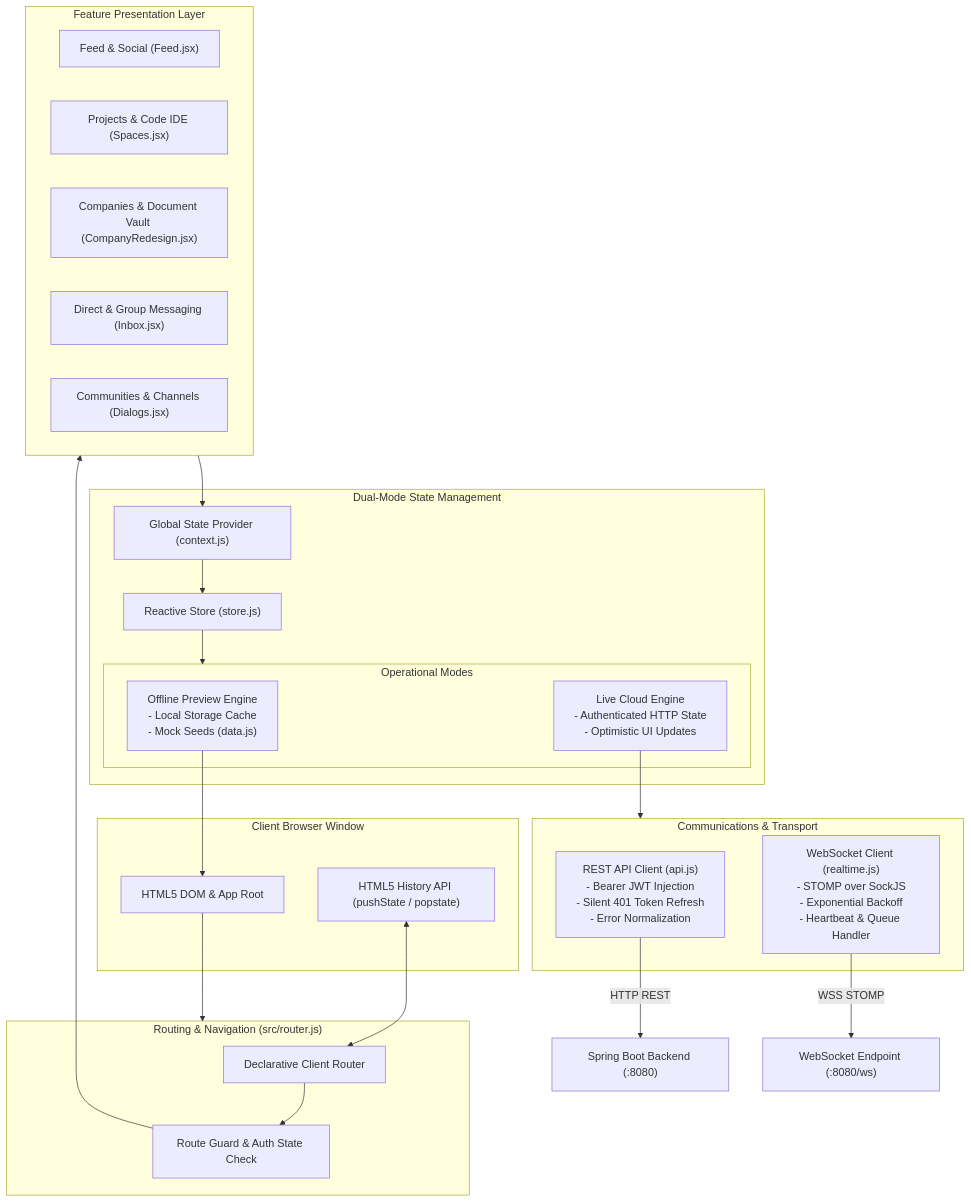
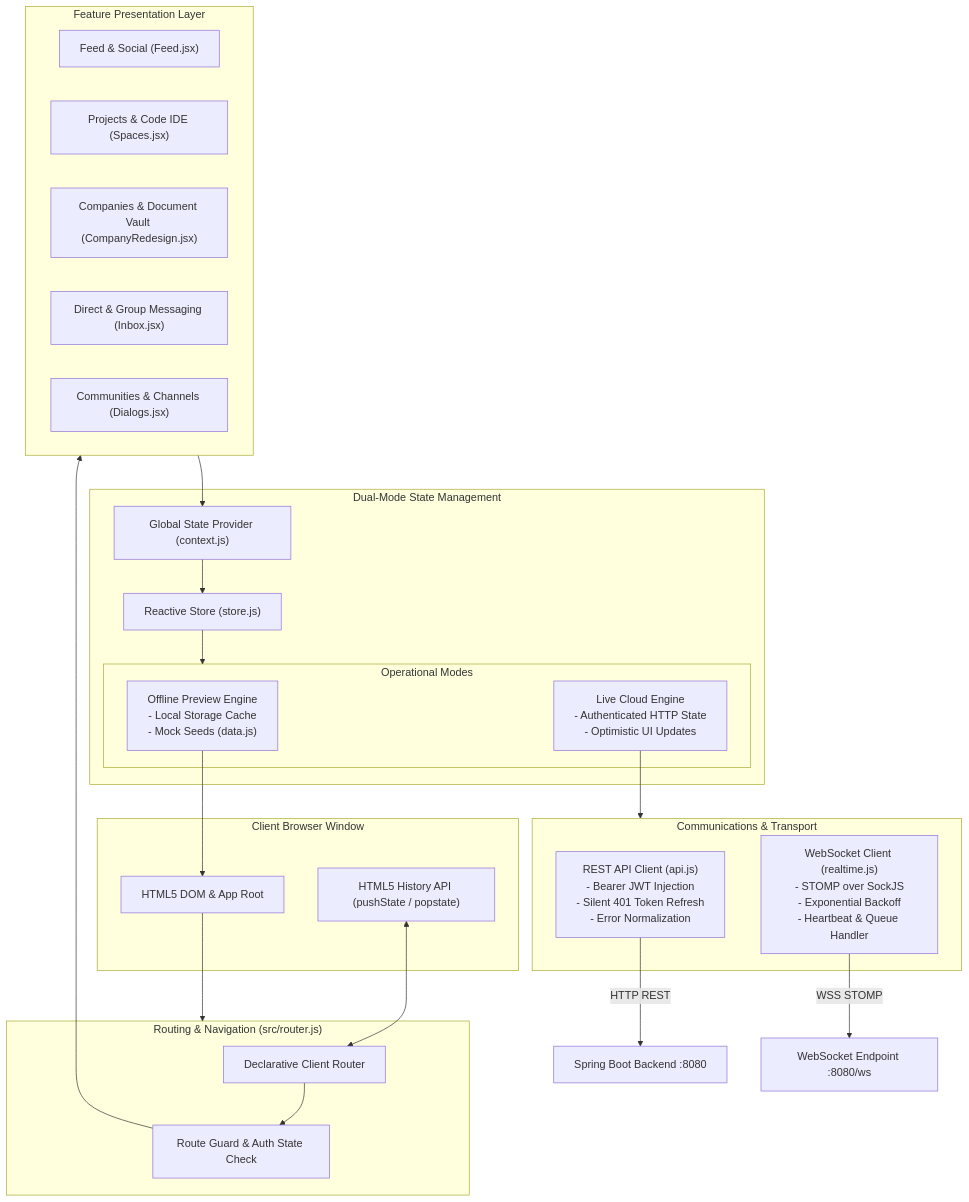
One commit to saiprakash-nexarats/collabster changed the second of 8 diagrams in README.md. Above: the diagram before and after it, drawn with Mermaid. The commit also changed other lines of this file, not shown here.

Commit message:
fix(docs): resolve Mermaid syntax parse errors by sanitizing edge and node labels

````diff
--- a/README.md
+++ b/README.md
@@ -180,47 +180,47 @@
 ```mermaid
 flowchart TD
     subgraph Browser["Client Browser Window"]
         DOM["HTML5 DOM & App Root"]
         HistoryAPI["HTML5 History API (pushState / popstate)"]
     end
 
     subgraph RouterLayer["Routing & Navigation (src/router.js)"]
         Router["Declarative Client Router"]
         RouteGuards["Route Guard & Auth State Check"]
     end
 
     subgraph ViewLayer["Feature Presentation Layer"]
         FeedView["Feed & Social (Feed.jsx)"]
         SpacesView["Projects & Code IDE (Spaces.jsx)"]
         CompanyView["Companies & Document Vault (CompanyRedesign.jsx)"]
         ChatView["Direct & Group Messaging (Inbox.jsx)"]
         CirclesView["Communities & Channels (Dialogs.jsx)"]
     end
 
     subgraph StateLayer["Dual-Mode State Management"]
         Context["Global State Provider (context.js)"]
         Store["Reactive Store (store.js)"]
         
         subgraph ModeSwitch["Operational Modes"]
             OfflineMode["Offline Preview Engine\n- Local Storage Cache\n- Mock Seeds (data.js)"]
             LiveMode["Live Cloud Engine\n- Authenticated HTTP State\n- Optimistic UI Updates"]
         end
     end
 
     subgraph NetworkLayer["Communications & Transport"]
         ApiClient["REST API Client (api.js)\n- Bearer JWT Injection\n- Silent 401 Token Refresh\n- Error Normalization"]
         RealtimeClient["WebSocket Client (realtime.js)\n- STOMP over SockJS\n- Exponential Backoff\n- Heartbeat & Queue Handler"]
     end
 
     DOM --> RouterLayer
     HistoryAPI <--> Router
     Router --> RouteGuards
     RouteGuards --> ViewLayer
     ViewLayer --> Context
     Context --> Store
     Store --> ModeSwitch
     OfflineMode --> DOM
     LiveMode --> NetworkLayer
-    ApiClient -->|HTTP REST| BackendAPI["Spring Boot Backend (:8080)"]
-    RealtimeClient -->|WSS STOMP| WebSocketEndpoint["WebSocket Endpoint (:8080/ws)"]
+    ApiClient -->|"HTTP REST"| BackendAPI["Spring Boot Backend :8080"]
+    RealtimeClient -->|"WSS STOMP"| WebSocketEndpoint["WebSocket Endpoint :8080/ws"]
 ```
````
